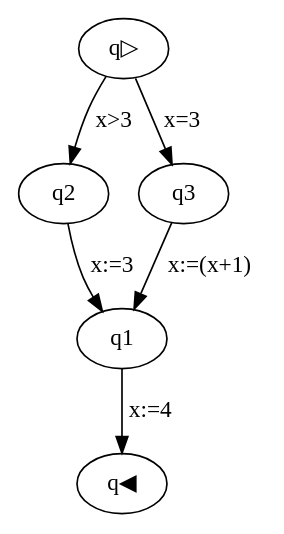
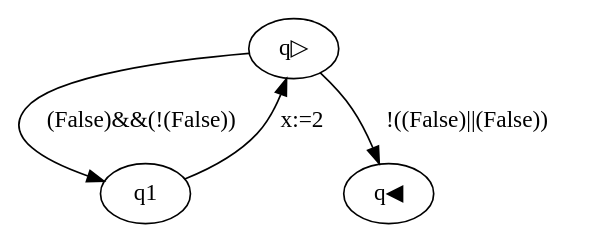
One commit to JepMik/GCL-Build-Analyse-Tool changed the diagram in graph.dot. Above: the diagram before and after it, drawn with Graphviz. The commit also changed 8 other files, not shown here.

```diff
--- a/graph.dot
+++ b/graph.dot
@@ -1,7 +1,5 @@
 strict digraph {
-q▷ -> q2[label="x>3"];
-q2 -> q1[label="x:=3"];
-q▷ -> q3[label="x=3"];
-q3 -> q1[label="x:=(x+1)"];
-q1 -> q◀[label="x:=4"];
+q▷ -> q1[label="(False)&&(!(False))"];
+q1 -> q▷[label="x:=2"];
+q▷ -> q◀[label="!((False)||(False))"];
 }
```
